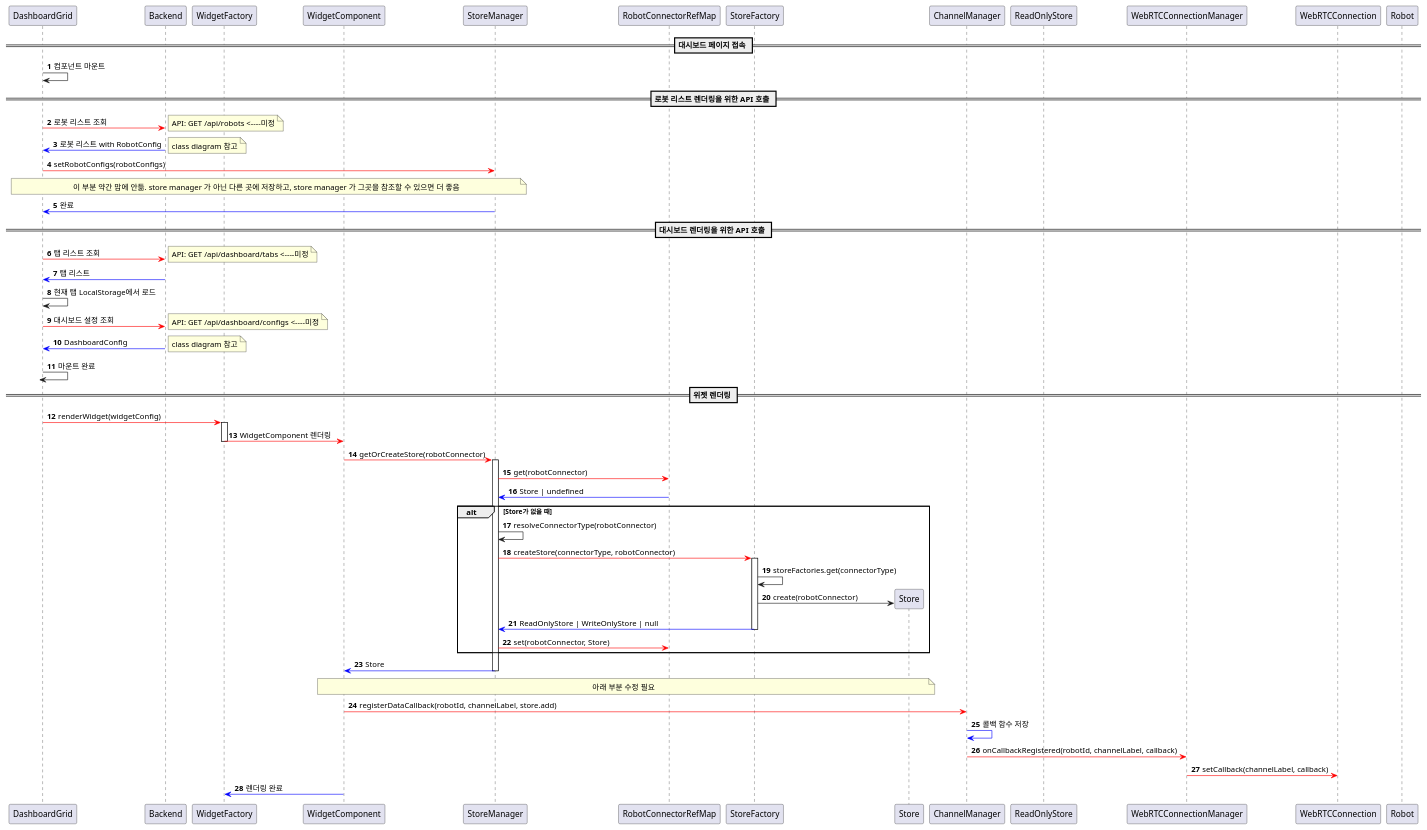
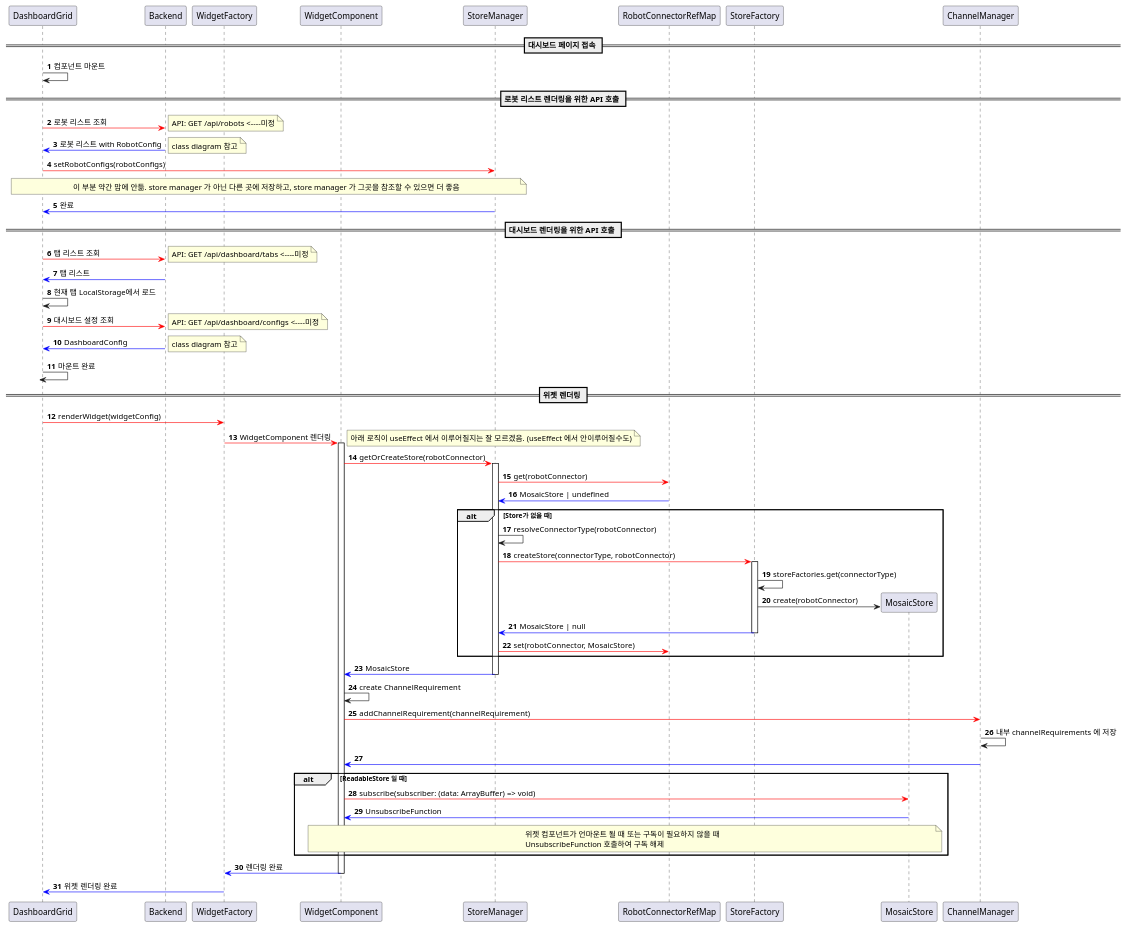
Before and after one commit to ACSL-MOSAIC/MOSAIC-Server: the diagram in diagram/sequence_dashboard_init_render.puml, drawn with PlantUML. The commit also changed 1 other file, not shown here.

Commit message:
- refactor: update class and variable names for consistency in classDiagram.puml and sequence_dashboard_init_render.puml

```diff
--- a/diagram/sequence_dashboard_init_render.puml
+++ b/diagram/sequence_dashboard_init_render.puml
@@ -1,92 +1,99 @@
 @startuml
 'https://plantuml.com/sequence-diagram
 
 participant DashboardGrid
 participant Backend
 participant WidgetFactory
 participant WidgetComponent
 participant StoreManager
 participant RobotConnectorRefMap
 participant StoreFactory
-participant Store
+participant MosaicStore
 participant ChannelManager
-participant ReadOnlyStore
-participant WebRTCConnectionManager
-participant WebRTCConnection
-participant Robot
 
 autonumber
 
 == 대시보드 페이지 접속 ==
 
 DashboardGrid -> DashboardGrid: 컴포넌트 마운트
 
 == 로봇 리스트 렌더링을 위한 API 호출 ==
 
 DashboardGrid -[#red]> Backend: 로봇 리스트 조회
 note right
   API: GET /api/robots <----미정
 end note
 DashboardGrid <[#blue]- Backend: 로봇 리스트 with RobotConfig
 note right
   class diagram 참고
 end note
 DashboardGrid -[#red]> StoreManager: setRobotConfigs(robotConfigs)
 note over DashboardGrid, StoreManager
   이 부분 약간 맘에 안듦. store manager 가 아닌 다른 곳에 저장하고, store manager 가 그곳을 참조할 수 있으면 더 좋음
 end note
 DashboardGrid <[#blue]- StoreManager: 완료
 
 == 대시보드 렌더링을 위한 API 호출 ==
 
 DashboardGrid -[#red]> Backend: 탭 리스트 조회
 note right
   API: GET /api/dashboard/tabs <----미정
 end note
 DashboardGrid <[#blue]- Backend: 탭 리스트
 
 DashboardGrid -> DashboardGrid: 현재 탭 LocalStorage에서 로드
 
 DashboardGrid -[#red]> Backend: 대시보드 설정 조회
 note right
   API: GET /api/dashboard/configs <----미정
 end note
 DashboardGrid <[#blue]- Backend: DashboardConfig
 note right
   class diagram 참고
 end note
 
 DashboardGrid -> DashboardGrid --: 마운트 완료
 
 == 위젯 렌더링 ==
 
-DashboardGrid -[#red]> WidgetFactory ++: renderWidget(widgetConfig)
-WidgetFactory -[#red]> WidgetComponent --: WidgetComponent 렌더링
+DashboardGrid -[#red]> WidgetFactory: renderWidget(widgetConfig)
+WidgetFactory -[#red]> WidgetComponent ++: WidgetComponent 렌더링
+note right
+아래 로직이 useEffect 에서 이루어질지는 잘 모르겠음. (useEffect 에서 안이루어질수도)
+end note
 
 WidgetComponent -[#red]> StoreManager ++: getOrCreateStore(robotConnector)
 StoreManager -[#red]> RobotConnectorRefMap: get(robotConnector)
-RobotConnectorRefMap -[#blue]> StoreManager: Store | undefined
+RobotConnectorRefMap -[#blue]> StoreManager: MosaicStore | undefined
 
 alt Store가 없을 때
     StoreManager -> StoreManager: resolveConnectorType(robotConnector)
     StoreManager -[#red]> StoreFactory ++: createStore(connectorType, robotConnector)
     StoreFactory -> StoreFactory: storeFactories.get(connectorType)
-    create Store
-    StoreFactory -> Store: create(robotConnector)
-    StoreManager <[#blue]- StoreFactory --: ReadOnlyStore | WriteOnlyStore | null
+    create MosaicStore
+    StoreFactory -> MosaicStore: create(robotConnector)
+    StoreManager <[#blue]- StoreFactory --: MosaicStore | null
 
-    StoreManager -[#red]> RobotConnectorRefMap: set(robotConnector, Store)
+    StoreManager -[#red]> RobotConnectorRefMap: set(robotConnector, MosaicStore)
 end
 
-WidgetComponent <[#blue]- StoreManager --: Store
+WidgetComponent <[#blue]- StoreManager --: MosaicStore
 
-note over WidgetComponent, Store
-  아래 부분 수정 필요
-end note
-WidgetComponent -[#red]> ChannelManager: registerDataCallback(robotId, channelLabel, store.add)
-ChannelManager [#blue]-> ChannelManager: 콜백 함수 저장
-ChannelManager -[#red]> WebRTCConnectionManager: onCallbackRegistered(robotId, channelLabel, callback)
-WebRTCConnectionManager -[#red]> WebRTCConnection: setCallback(channelLabel, callback)
+WidgetComponent -> WidgetComponent: create ChannelRequirement
 
-WidgetFactory <[#blue]- WidgetComponent: 렌더링 완료
+WidgetComponent -[#red]> ChannelManager: addChannelRequirement(channelRequirement)
+ChannelManager -> ChannelManager: 내부 channelRequirements 에 저장
+WidgetComponent <[#blue]- ChannelManager
+
+alt ReadableStore 일 때
+    WidgetComponent -[#red]> MosaicStore: subscribe(subscriber: (data: ArrayBuffer) => void)
+    WidgetComponent <[#blue]- MosaicStore: UnsubscribeFunction
+    note over WidgetComponent, MosaicStore
+      위젯 컴포넌트가 언마운트 될 때 또는 구독이 필요하지 않을 때
+      UnsubscribeFunction 호출하여 구독 해제
+    end note
+end
+
+WidgetFactory <[#blue]- WidgetComponent --: 렌더링 완료
+DashboardGrid <[#blue]- WidgetFactory: 위젯 렌더링 완료
 @enduml
```
